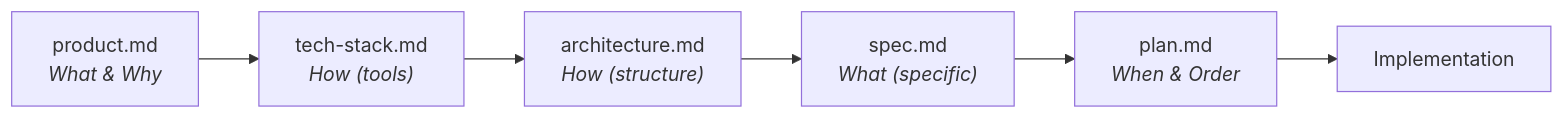
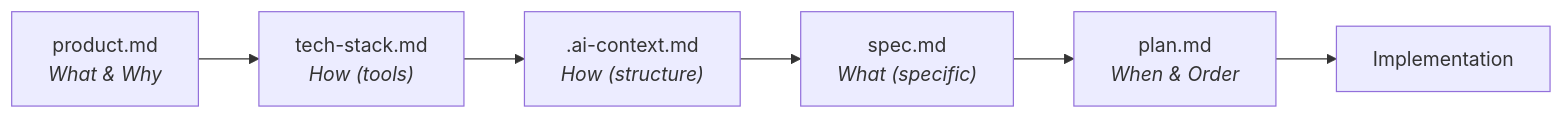
The second of 2 diagrams in core/methodology.md (mayurpise/draft), drawn with Mermaid before and after one commit. The commit also changed other lines of this file and 32 other files, not shown here.

````diff
--- a/core/methodology.md
+++ b/core/methodology.md
@@ -114,8 +115,8 @@
 ```mermaid
 graph LR
     P["product.md<br/><i>What & Why</i>"] --> T["tech-stack.md<br/><i>How (tools)</i>"]
-    T --> A["architecture.md<br/><i>How (structure)</i>"]
+    T --> A[".ai-context.md<br/><i>How (structure)</i>"]
     A --> S["spec.md<br/><i>What (specific)</i>"]
     S --> PL["plan.md<br/><i>When & Order</i>"]
     PL --> Code["Implementation"]
 ```
````
